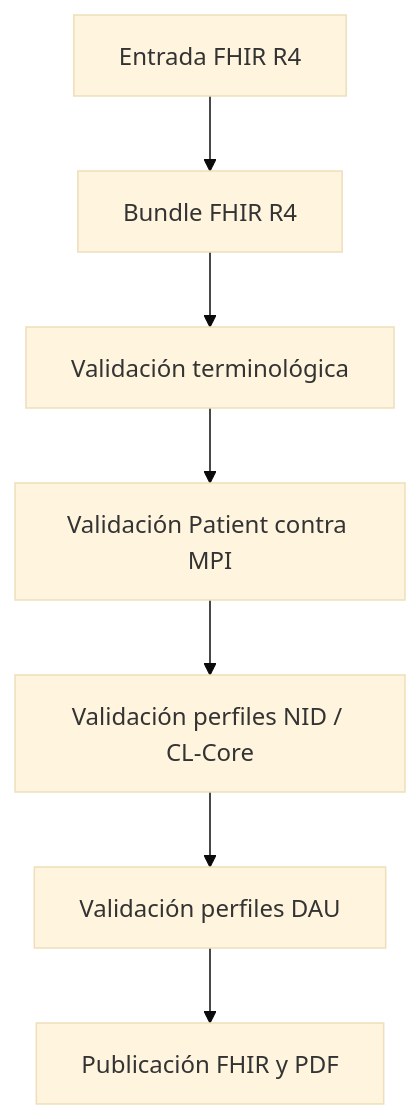
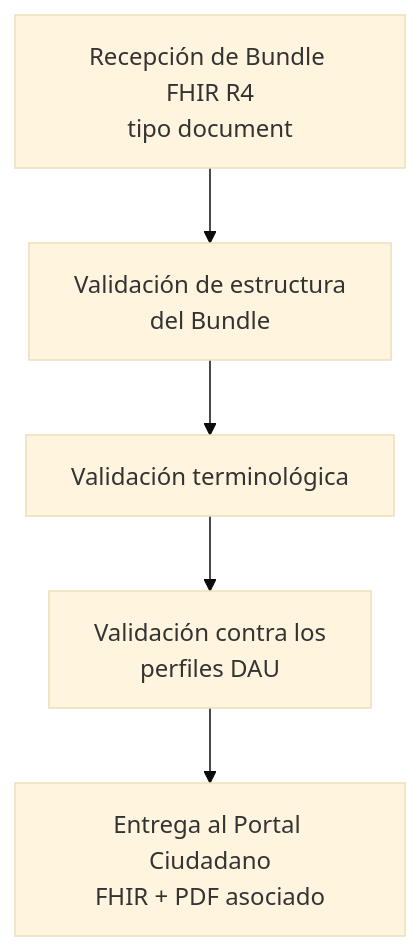
The second of 2 diagrams in input/pagecontent/arquitectura.md (rchristiansen/CL-URGENCIA), drawn with Mermaid (base theme) before and after one commit. The commit also changed other lines of this file and 12 other files, not shown here.

Commit message:
refactor: Se actualiza CL-Core de la version 1.8.5 a  versión 1.9.3, se alinean los perfiles DauEncounter y DiagnosticoUrgenciaDAU, y se actualiza la documentación narrativa.

```diff
--- a/input/pagecontent/arquitectura.md
+++ b/input/pagecontent/arquitectura.md
@@ -83,9 +97,13 @@
 <div class="mermaid">
 flowchart TD
-    A["Entrada FHIR R4"] --> B["Bundle FHIR R4"]
-    B --> C["Validación terminológica"]
-    C --> D["Validación Patient contra MPI"]
-    D --> E["Validación perfiles NID / CL-Core"]
-    E --> F["Validación perfiles DAU"]
-    F --> G["Publicación FHIR y PDF"]
+    A["Recepción de Bundle FHIR R4<br/>tipo document"]
+    B["Validación de estructura<br/>del Bundle"]
+    C["Validación terminológica"]
+    D["Validación contra los<br/>perfiles DAU"]
+    E["Entrega al Portal Ciudadano<br/>FHIR + PDF asociado"]
+
+    A --> B
+    B --> C
+    C --> D
+    D --> E
 </div>
```
